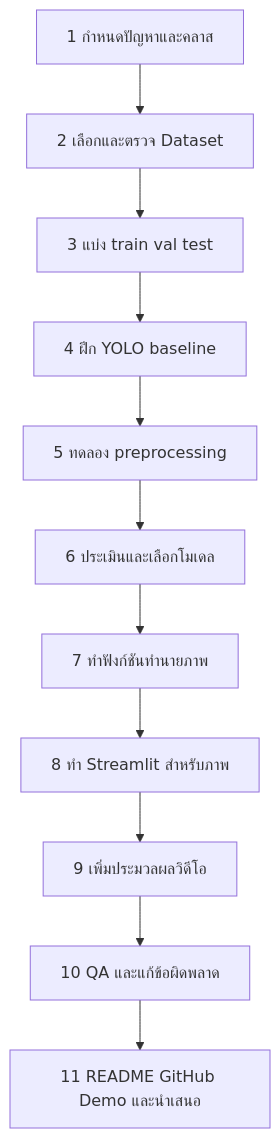
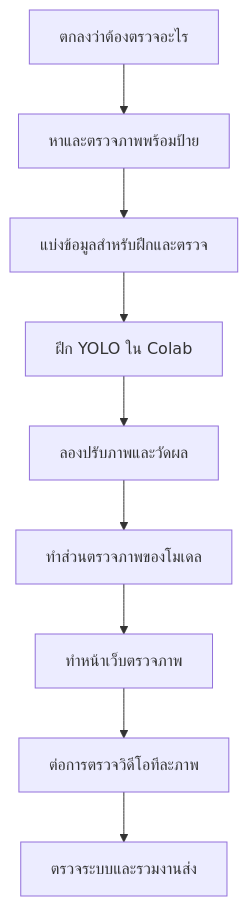
The diagram in Obsidian-work/02 - ลำดับงานตั้งแต่เริ่มจนส่ง.md (TsumiyaZ/Smart-Helmet-Detection), drawn with Mermaid before and after one commit. The commit also changed other lines of this file and 15 other files, not shown here.

````diff
--- a/Obsidian-work/02 - ลำดับงานตั้งแต่เริ่มจนส่ง.md
+++ b/Obsidian-work/02 - ลำดับงานตั้งแต่เริ่มจนส่ง.md
@@ -15,13 +13,11 @@
 ```mermaid
 flowchart TD
-    A[1 กำหนดปัญหาและคลาส] --> B[2 เลือกและตรวจ Dataset]
-    B --> C[3 แบ่ง train val test]
-    C --> D[4 ฝึก YOLO baseline]
-    D --> E[5 ทดลอง preprocessing]
-    E --> F[6 ประเมินและเลือกโมเดล]
-    F --> G[7 ทำฟังก์ชันทำนายภาพ]
-    G --> H[8 ทำ Streamlit สำหรับภาพ]
-    H --> I[9 เพิ่มประมวลผลวิดีโอ]
-    I --> J[10 QA และแก้ข้อผิดพลาด]
-    J --> K[11 README GitHub Demo และนำเสนอ]
+    A[ตกลงว่าต้องตรวจอะไร] --> B[หาและตรวจภาพพร้อมป้าย]
+    B --> C[แบ่งข้อมูลสำหรับฝึกและตรวจ]
+    C --> D[ฝึก YOLO ใน Colab]
+    D --> E[ลองปรับภาพและวัดผล]
+    E --> F[ทำส่วนตรวจภาพของโมเดล]
+    F --> G[ทำหน้าเว็บตรวจภาพ]
+    G --> H[ต่อการตรวจวิดีโอทีละภาพ]
+    H --> I[ตรวจระบบและรวมงานส่ง]
 ```
````
